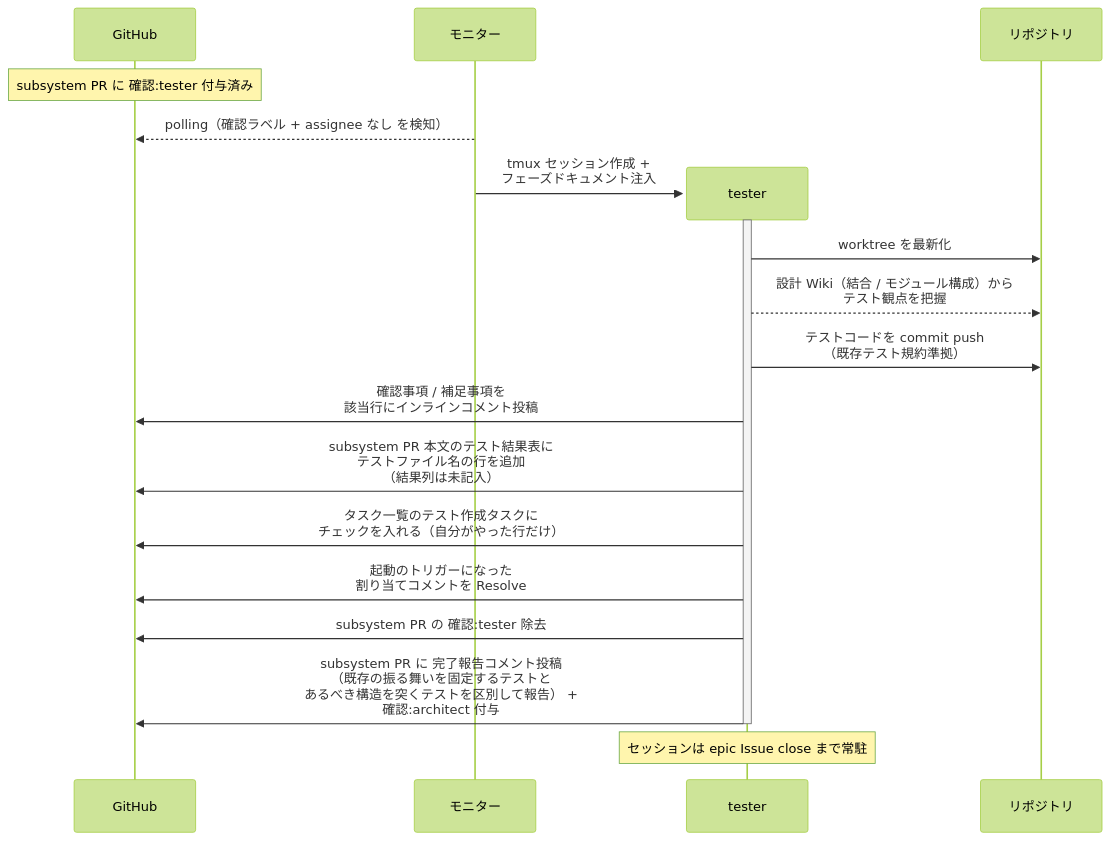
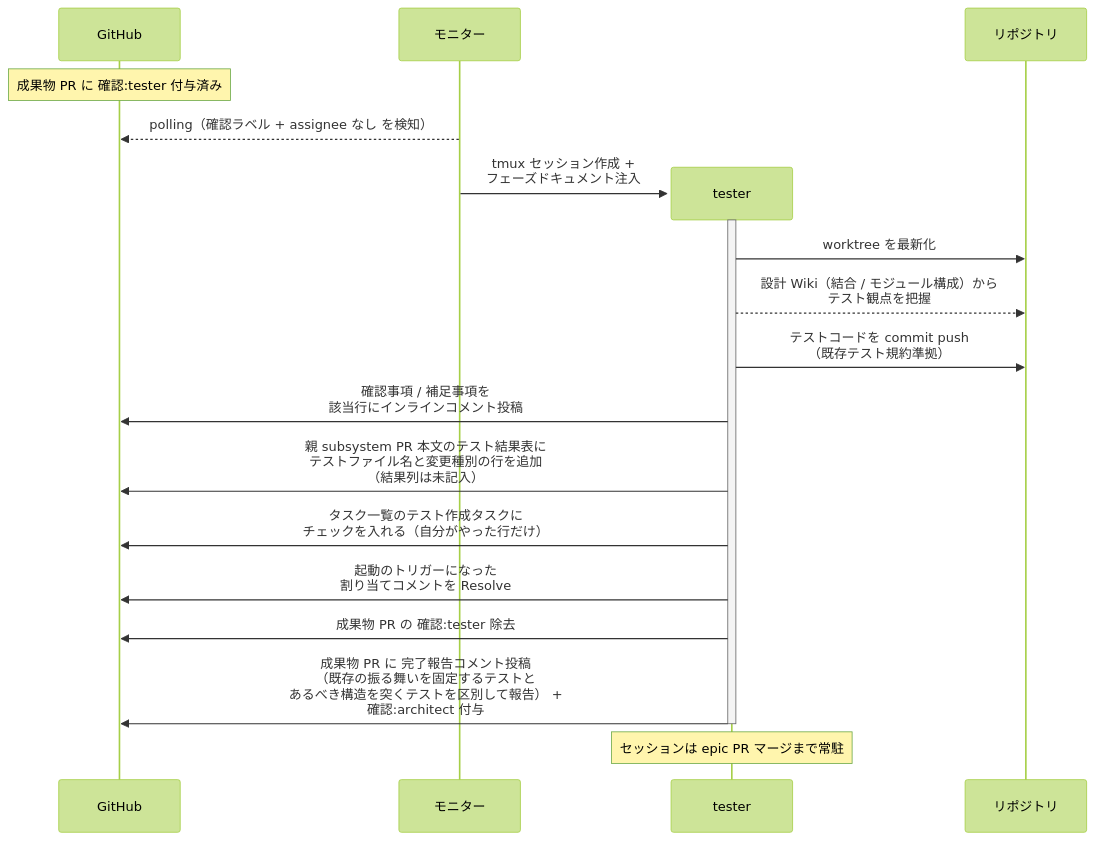
The second of 3 diagrams in docs/wiki/設計図/シナリオ/単一ユースケース/テスト作成.md (shuhei1101/ai-monitor), drawn with Mermaid (forest theme) before and after one commit. The commit also changed other lines of this file and 256 other files, not shown here.

````diff
--- a/docs/wiki/設計図/シナリオ/単一ユースケース/テスト作成.md
+++ b/docs/wiki/設計図/シナリオ/単一ユースケース/テスト作成.md
@@ -75,23 +76,23 @@
 ```mermaid
 sequenceDiagram
   participant GH as GitHub
   participant ORC as モニター
 
-  Note over GH: subsystem PR に 確認:tester 付与済み
+  Note over GH: 成果物 PR に 確認:tester 付与済み
   ORC-->>GH: polling（確認ラベル + assignee なし を検知）
   create participant MON as tester
   ORC->>MON: tmux セッション作成 +<br>フェーズドキュメント注入
   participant REPO as リポジトリ
   activate MON
   MON->>REPO: worktree を最新化
   MON-->>REPO: 設計 Wiki（結合 / モジュール構成）から<br>テスト観点を把握
   MON->>REPO: テストコードを commit push<br>（既存テスト規約準拠）
   MON->>GH: 確認事項 / 補足事項を<br>該当行にインラインコメント投稿
-  MON->>GH: subsystem PR 本文のテスト結果表に<br>テストファイル名の行を追加<br>（結果列は未記入）
+  MON->>GH: 親 subsystem PR 本文のテスト結果表に<br>テストファイル名と変更種別の行を追加<br>（結果列は未記入）
   MON->>GH: タスク一覧のテスト作成タスクに<br>チェックを入れる（自分がやった行だけ）
   MON->>GH: 起動のトリガーになった<br>割り当てコメントを Resolve
-  MON->>GH: subsystem PR の 確認:tester 除去
-  MON->>GH: subsystem PR に 完了報告コメント投稿<br>（既存の振る舞いを固定するテストと<br>あるべき構造を突くテストを区別して報告） +<br>確認:architect 付与
+  MON->>GH: 成果物 PR の 確認:tester 除去
+  MON->>GH: 成果物 PR に 完了報告コメント投稿<br>（既存の振る舞いを固定するテストと<br>あるべき構造を突くテストを区別して報告） +<br>確認:architect 付与
   deactivate MON
-  Note over MON: セッションは epic Issue close まで常駐
+  Note over MON: セッションは epic PR マージまで常駐
 ```
````
